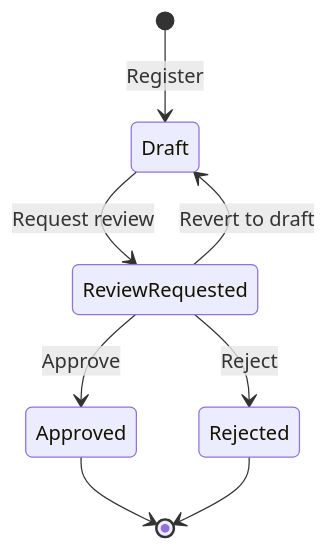
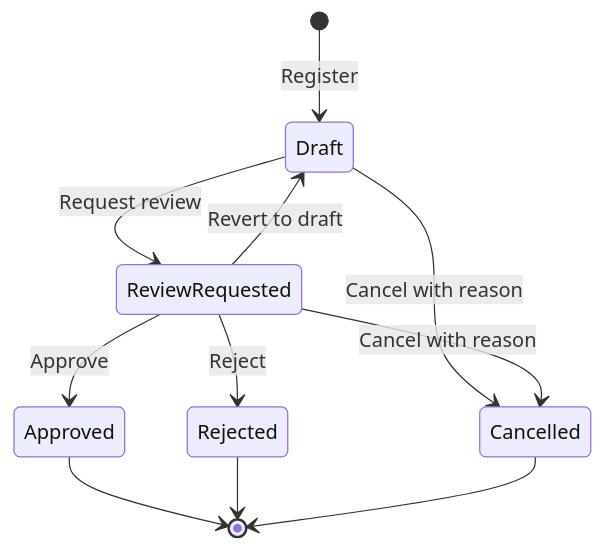
One commit to johlju/Kravhantering changed the third of 3 diagrams in docs/governance/lifecycle-workflow.md. Above: the diagram before and after it, drawn with Mermaid. The commit also changed other lines of this file and 76 other files, not shown here.

````diff
--- a/docs/governance/lifecycle-workflow.md
+++ b/docs/governance/lifecycle-workflow.md
@@ -255,10 +175,13 @@
 ```mermaid
 stateDiagram-v2
     [*] --> Draft : Register
     Draft --> ReviewRequested : Request review
     ReviewRequested --> Draft : Revert to draft
     ReviewRequested --> Approved : Approve
     ReviewRequested --> Rejected : Reject
+    Draft --> Cancelled : Cancel with reason
+    ReviewRequested --> Cancelled : Cancel with reason
     Approved --> [*]
     Rejected --> [*]
+    Cancelled --> [*]
 ```
````
